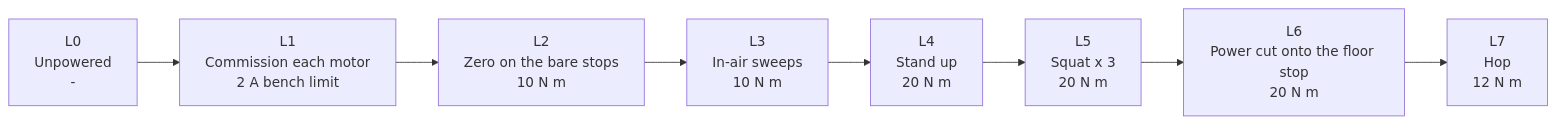
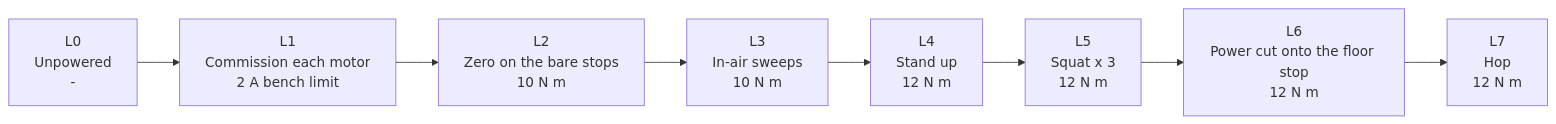
One commit to Valpatel/gyropup changed the second of 2 diagrams in docs/motor-day.md. Above: the diagram before and after it, drawn with Mermaid. The commit also changed other lines of this file and 18 other files, not shown here.

````diff
--- a/docs/motor-day.md
+++ b/docs/motor-day.md
@@ -278,11 +278,11 @@
 ```mermaid
 flowchart LR
   L0["L0<br/>Unpowered<br/>-"] --> L1
   L1["L1<br/>Commission each motor<br/>2 A bench limit"] --> L2
   L2["L2<br/>Zero on the bare stops<br/>10 N m"] --> L3
   L3["L3<br/>In-air sweeps<br/>10 N m"] --> L4
-  L4["L4<br/>Stand up<br/>20 N m"] --> L5
-  L5["L5<br/>Squat x 3<br/>20 N m"] --> L6
-  L6["L6<br/>Power cut onto the floor stop<br/>20 N m"] --> L7
+  L4["L4<br/>Stand up<br/>12 N m"] --> L5
+  L5["L5<br/>Squat x 3<br/>12 N m"] --> L6
+  L6["L6<br/>Power cut onto the floor stop<br/>12 N m"] --> L7
   L7["L7<br/>Hop<br/>12 N m"]
 ```
````
